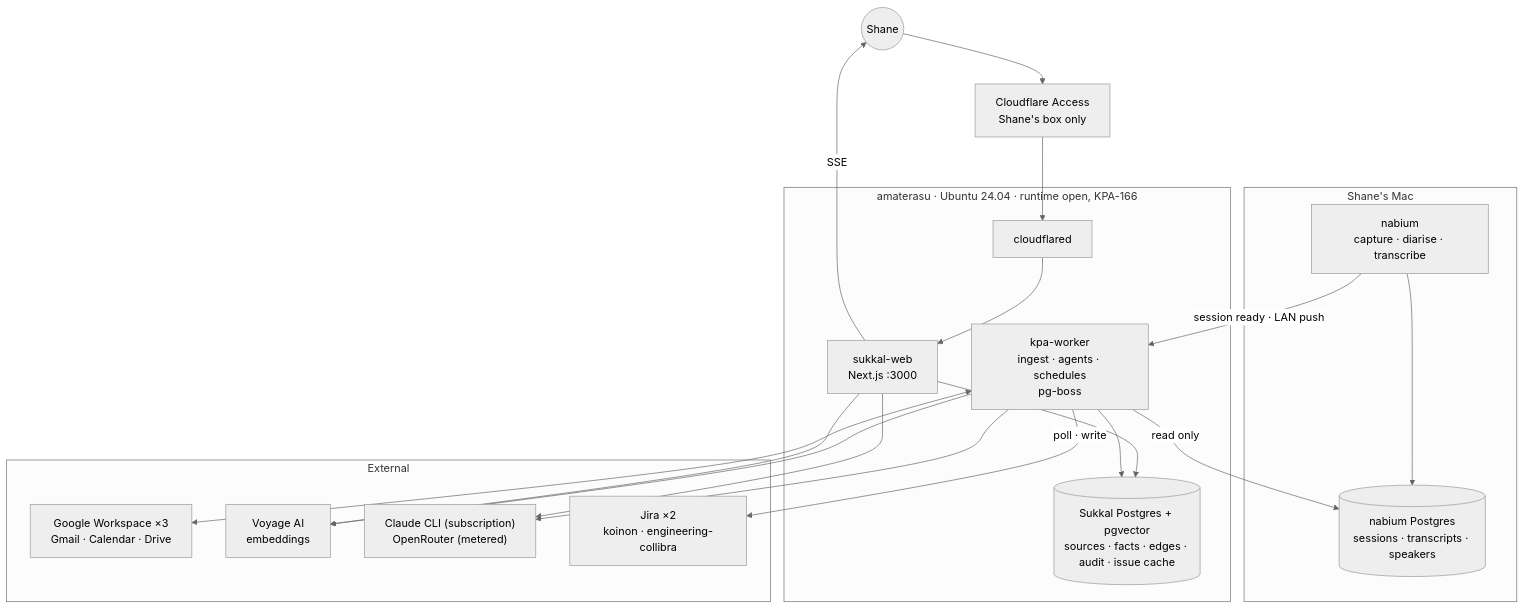
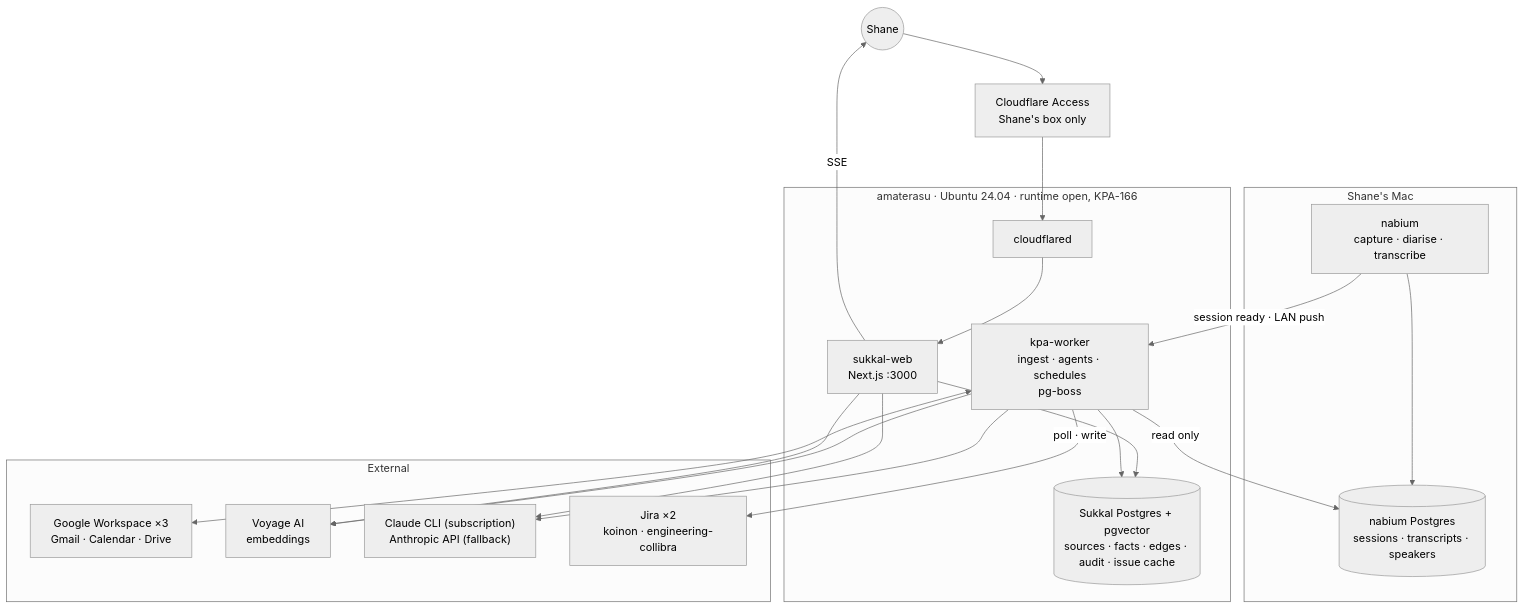
Before and after one commit to shanedolley/sukkal: the first of 6 diagrams in docs/project-brief.md, drawn with Mermaid (neutral theme). The commit also changed other lines of this file and 3 other files, not shown here.

````diff
--- a/docs/project-brief.md
+++ b/docs/project-brief.md
@@ -518,40 +518,40 @@
 ```mermaid
 flowchart TB
   shane(("Shane"))
 
   subgraph mac["Shane's Mac"]
     nab["nabium<br/>capture · diarise · transcribe"]
     nabpg[("nabium Postgres<br/>sessions · transcripts · speakers")]
     nab --> nabpg
   end
 
   subgraph ama["amaterasu · Ubuntu 24.04 · runtime open, KPA-166"]
     cfd["cloudflared"]
     web["sukkal-web<br/>Next.js :3000"]
     worker["kpa-worker<br/>ingest · agents · schedules<br/>pg-boss"]
     pg[("Sukkal Postgres + pgvector<br/>sources · facts · edges · audit · issue cache")]
     cfd --> web
     web --> pg
     worker --> pg
   end
 
   subgraph ext["External"]
     goog["Google Workspace ×3<br/>Gmail · Calendar · Drive"]
     voy["Voyage AI<br/>embeddings"]
-    llm["Claude CLI (subscription)<br/>OpenRouter (metered)"]
+    llm["Claude CLI (subscription)<br/>Anthropic API (fallback)"]
     jira["Jira ×2<br/>koinon · engineering-collibra"]
   end
 
   cf["Cloudflare Access<br/>Shane's box only"]
   shane --> cf --> cfd
 
   nab -- "session ready · LAN push" --> worker
   worker -- "read only" --> nabpg
   worker <--> goog
   worker --> voy
   worker --> llm
   worker -- "poll · write" --> jira
   web -- "SSE" --> shane
   web --> llm
   web --> voy
 ```
````
